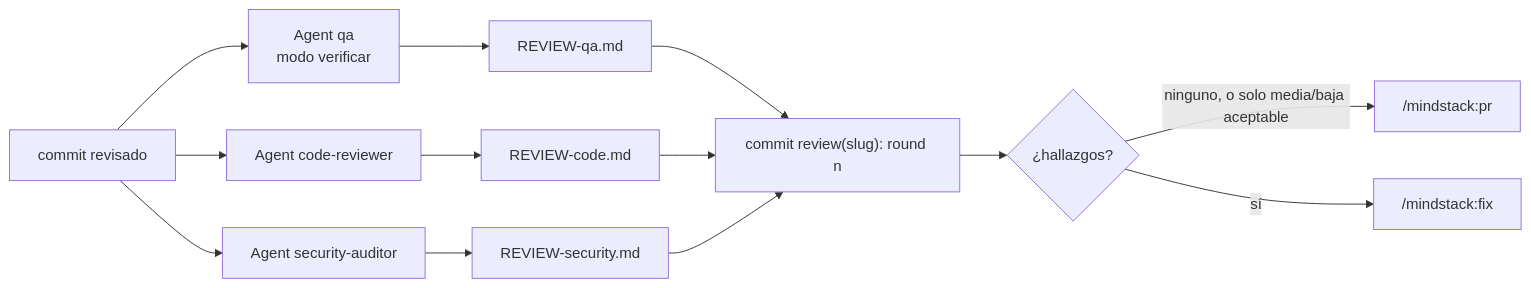
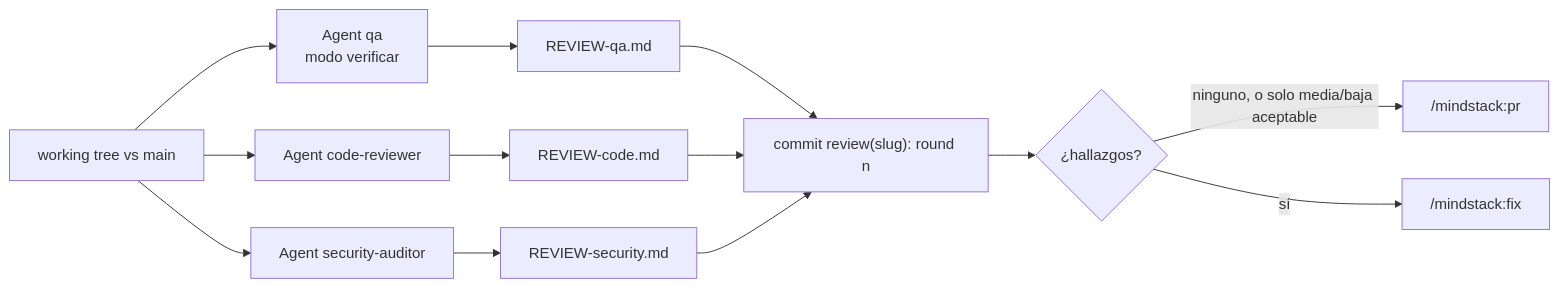
One commit to octavio-parozlabs/mindstack changed the diagram in skills/workflow/references/review.md. Above: the diagram before and after it, drawn with Mermaid. The commit also changed other lines of this file and 40 other files, not shown here.

````diff
--- a/skills/workflow/references/review.md
+++ b/skills/workflow/references/review.md
@@ -5,13 +5,13 @@
 ```mermaid
 flowchart LR
-    C[commit revisado] --> Q[Agent qa\nmodo verificar]
+    C[working tree vs main] --> Q[Agent qa\nmodo verificar]
     C --> R[Agent code-reviewer]
     C --> S[Agent security-auditor]
     Q --> FQ[REVIEW-qa.md]
     R --> FR[REVIEW-code.md]
     S --> FS[REVIEW-security.md]
     FQ & FR & FS --> K["commit review(slug): round n"]
     K --> T{¿hallazgos?}
     T -- ninguno, o solo media/baja aceptable --> PR["/mindstack:pr"]
     T -- sí --> CO["/mindstack:fix"]
 ```
````
